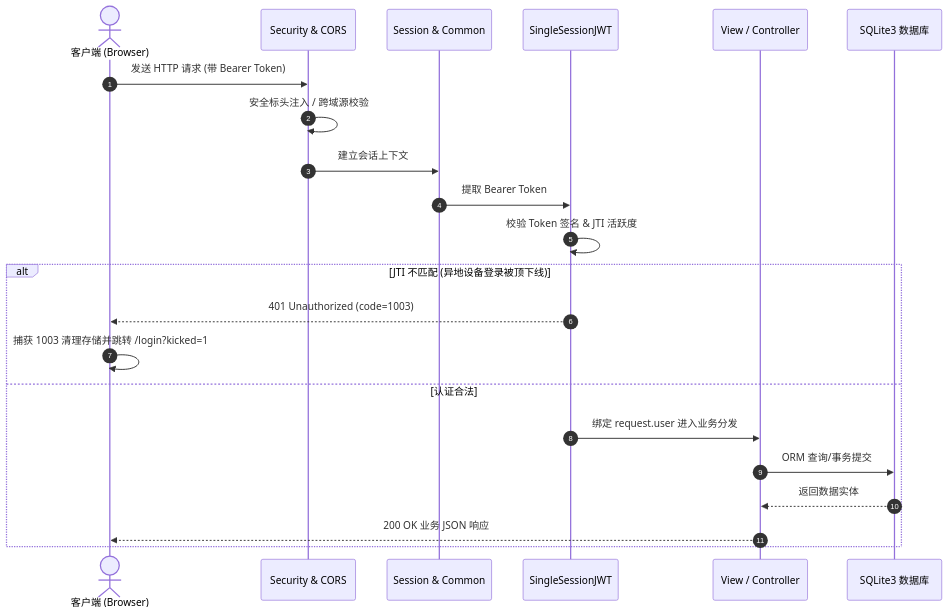
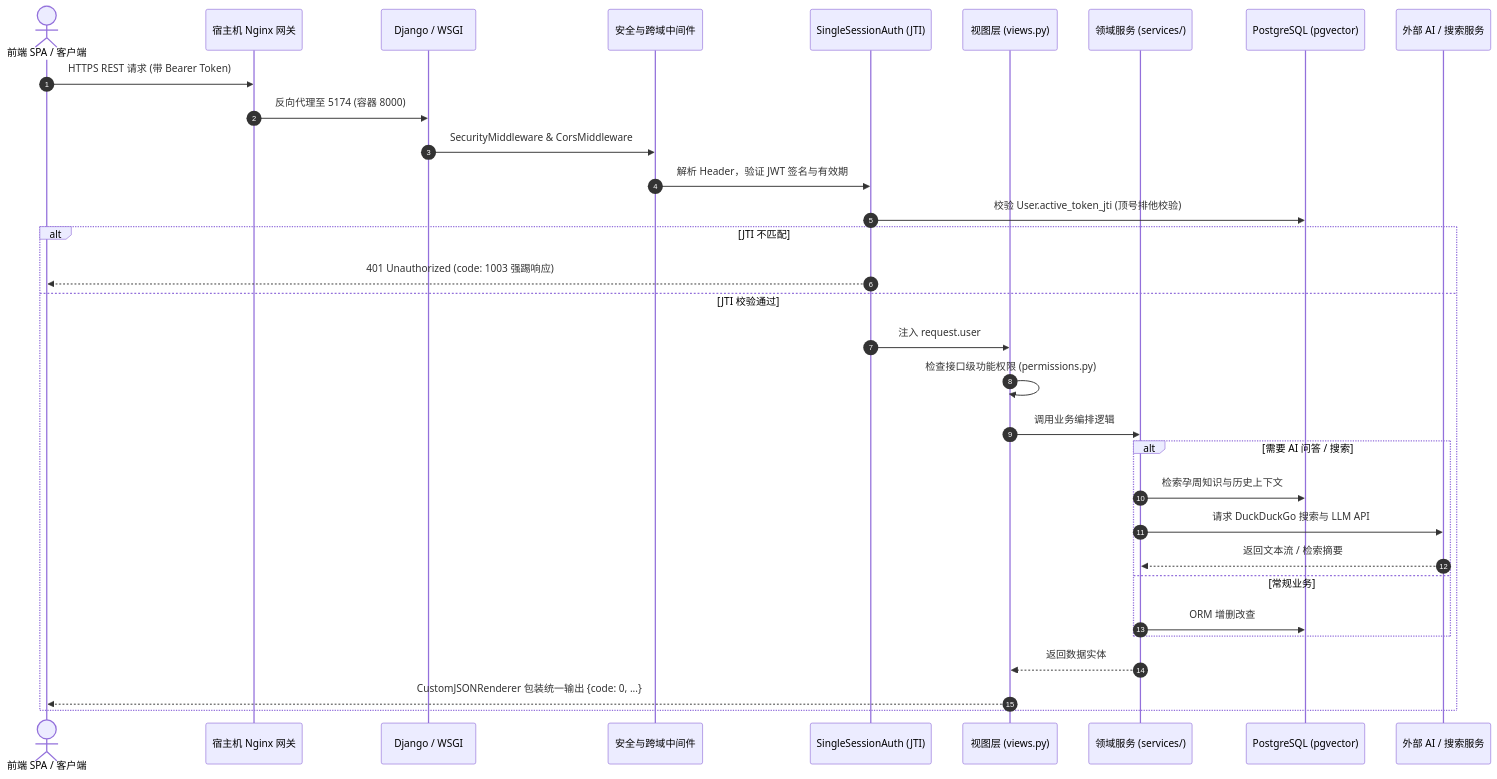
One commit to 18227370901/mengya-docker changed the second of 9 diagrams in docs/PSD_System_Design_and_Refactoring.md. Above: the diagram before and after it, drawn with Mermaid. The commit also changed other lines of this file and 9 other files, not shown here.

````diff
--- a/docs/PSD_System_Design_and_Refactoring.md
+++ b/docs/PSD_System_Design_and_Refactoring.md
@@ -261,27 +310,35 @@
 ```mermaid
+sequenceDiagram
+    autonumber
+    actor Client as 前端 SPA / 客户端
+    participant Nginx as 宿主机 Nginx 网关
+    participant DjangoWSGI as Django / WSGI
+    participant SecurityMW as 安全与跨域中间件
+    participant AuthEngine as SingleSessionAuth (JTI)
+    participant ViewLayer as 视图层 (views.py)
+    participant ServiceLayer as 领域服务 (services/)
+    participant DB as PostgreSQL (pgvector)
+    participant ThirdParty as 外部 AI / 搜索服务
 
-sequenceDiagram
-autonumber
-actor Client as 客户端 (Browser)
-participant Sec as Security & CORS
-participant Session as Session & Common
-participant Auth as SingleSessionJWT
-participant View as View / Controller
-participant DB as SQLite3 数据库
-
-Client->>Sec: 发送 HTTP 请求 (带 Bearer Token)
-Sec->>Sec: 安全标头注入 / 跨域源校验
-Sec->>Session: 建立会话上下文
-Session->>Auth: 提取 Bearer Token
-Auth->>Auth: 校验 Token 签名 & JTI 活跃度
-alt JTI 不匹配 (异地设备登录被顶下线)
-Auth-->>Client: 401 Unauthorized (code=1003)
-Client->>Client: 捕获 1003 清理存储并跳转 /login?kicked=1
-else 认证合法
-Auth->>View: 绑定 request.user 进入业务分发
-View->>DB: ORM 查询/事务提交
-DB-->>View: 返回数据实体
-View-->>Client: 200 OK 业务 JSON 响应
-end
-
+    Client->>Nginx: HTTPS REST 请求 (带 Bearer Token)
+    Nginx->>DjangoWSGI: 反向代理至 5174 (容器 8000)
+    DjangoWSGI->>SecurityMW: SecurityMiddleware & CorsMiddleware
+    SecurityMW->>AuthEngine: 解析 Header，验证 JWT 签名与有效期
+    AuthEngine->>DB: 校验 User.active_token_jti (顶号排他校验)
+    alt JTI 不匹配
+        AuthEngine-->>Client: 401 Unauthorized (code: 1003 强踢响应)
+    else JTI 校验通过
+        AuthEngine->>ViewLayer: 注入 request.user
+        ViewLayer->>ViewLayer: 检查接口级功能权限 (permissions.py)
+        ViewLayer->>ServiceLayer: 调用业务编排逻辑
+        alt 需要 AI 问答 / 搜索
+            ServiceLayer->>DB: 检索孕周知识与历史上下文
+            ServiceLayer->>ThirdParty: 请求 DuckDuckGo 搜索与 LLM API
+            ThirdParty-->>ServiceLayer: 返回文本流 / 检索摘要
+        else 常规业务
+            ServiceLayer->>DB: ORM 增删改查
+        end
+        ServiceLayer-->>ViewLayer: 返回数据实体
+        ViewLayer-->>Client: CustomJSONRenderer 包装统一输出 {code: 0, ...}
+    end
 ```
````
